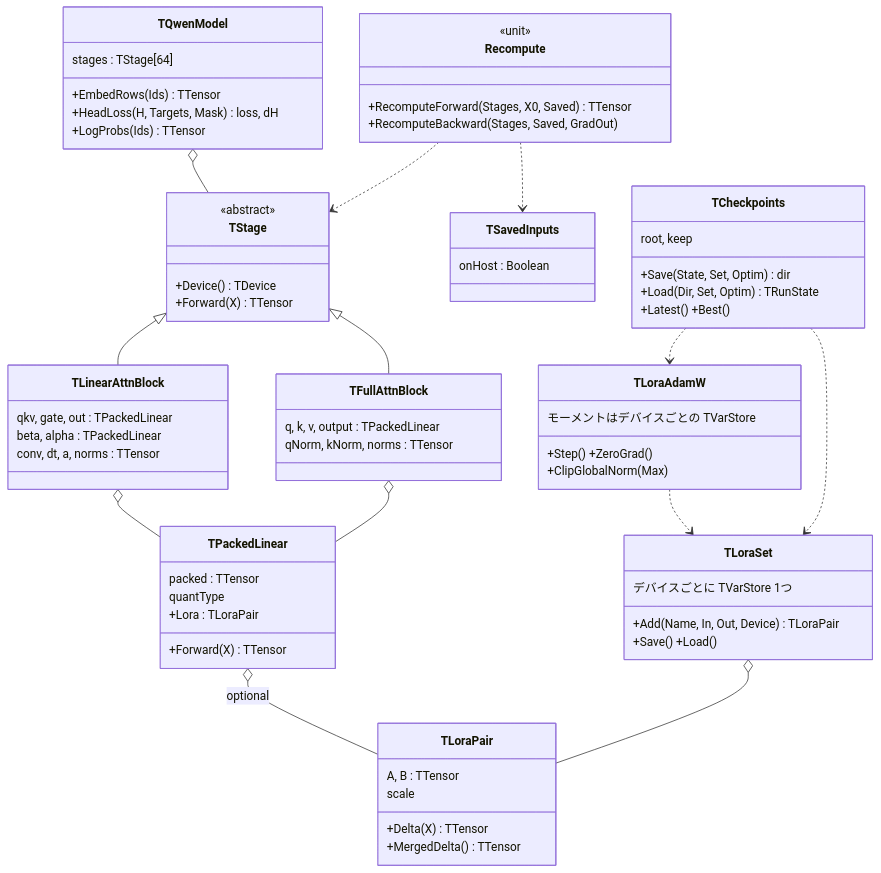
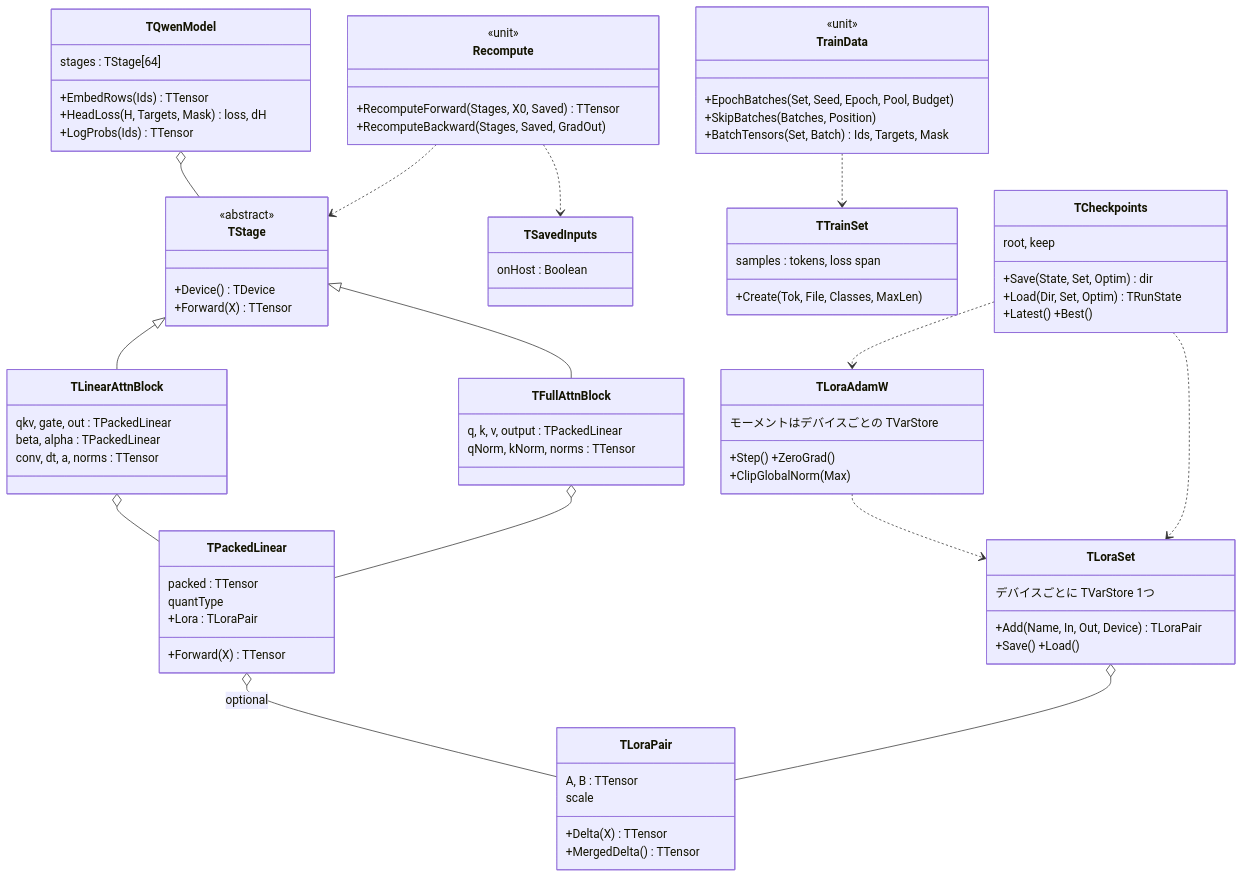
Before and after one commit to tankoha/tch-fpc: diagram 11 of 13 in docs/UML_jp.md, drawn with Mermaid. The commit also changed 18 other files, not shown here.

First line of the commit message:
qwen-lora T15 prepared: TrainData skeleton, facts, ITa, task files

````diff
--- a/docs/UML_jp.md
+++ b/docs/UML_jp.md
@@ -668,71 +668,82 @@
 ```mermaid
 classDiagram
   class TStage {
     <<abstract>>
     +Device() TDevice
     +Forward(X) TTensor
   }
   class TLinearAttnBlock {
     qkv, gate, out : TPackedLinear
     beta, alpha : TPackedLinear
     conv, dt, a, norms : TTensor
   }
   class TFullAttnBlock {
     q, k, v, output : TPackedLinear
     qNorm, kNorm, norms : TTensor
   }
   class TPackedLinear {
     packed : TTensor
     quantType
     +Forward(X) TTensor
     +Lora : TLoraPair
   }
   class TLoraPair {
     A, B : TTensor
     scale
     +Delta(X) TTensor
     +MergedDelta() TTensor
   }
   class TLoraSet {
     デバイスごとに TVarStore 1つ
     +Add(Name, In, Out, Device) TLoraPair
     +Save() +Load()
   }
   class TSavedInputs {
     onHost : Boolean
   }
   class Recompute {
     <<unit>>
     +RecomputeForward(Stages, X0, Saved) TTensor
     +RecomputeBackward(Stages, Saved, GradOut)
   }
   class TLoraAdamW {
     モーメントはデバイスごとの TVarStore
     +Step() +ZeroGrad()
     +ClipGlobalNorm(Max)
   }
+  class TTrainSet {
+    samples : tokens, loss span
+    +Create(Tok, File, Classes, MaxLen)
+  }
+  class TrainData {
+    <<unit>>
+    +EpochBatches(Set, Seed, Epoch, Pool, Budget)
+    +SkipBatches(Batches, Position)
+    +BatchTensors(Set, Batch) Ids, Targets, Mask
+  }
   class TCheckpoints {
     root, keep
     +Save(State, Set, Optim) dir
     +Load(Dir, Set, Optim) TRunState
     +Latest() +Best()
   }
   class TQwenModel {
     stages : TStage[64]
     +EmbedRows(Ids) TTensor
     +HeadLoss(H, Targets, Mask) loss, dH
     +LogProbs(Ids) TTensor
   }
   TStage <|-- TLinearAttnBlock
   TStage <|-- TFullAttnBlock
   TLinearAttnBlock o-- TPackedLinear
   TFullAttnBlock o-- TPackedLinear
   TPackedLinear o-- TLoraPair : optional
   TLoraSet o-- TLoraPair
   TQwenModel o-- TStage
   Recompute ..> TStage
   Recompute ..> TSavedInputs
   TLoraAdamW ..> TLoraSet
+  TrainData ..> TTrainSet
   TCheckpoints ..> TLoraSet
   TCheckpoints ..> TLoraAdamW
 ```
````
